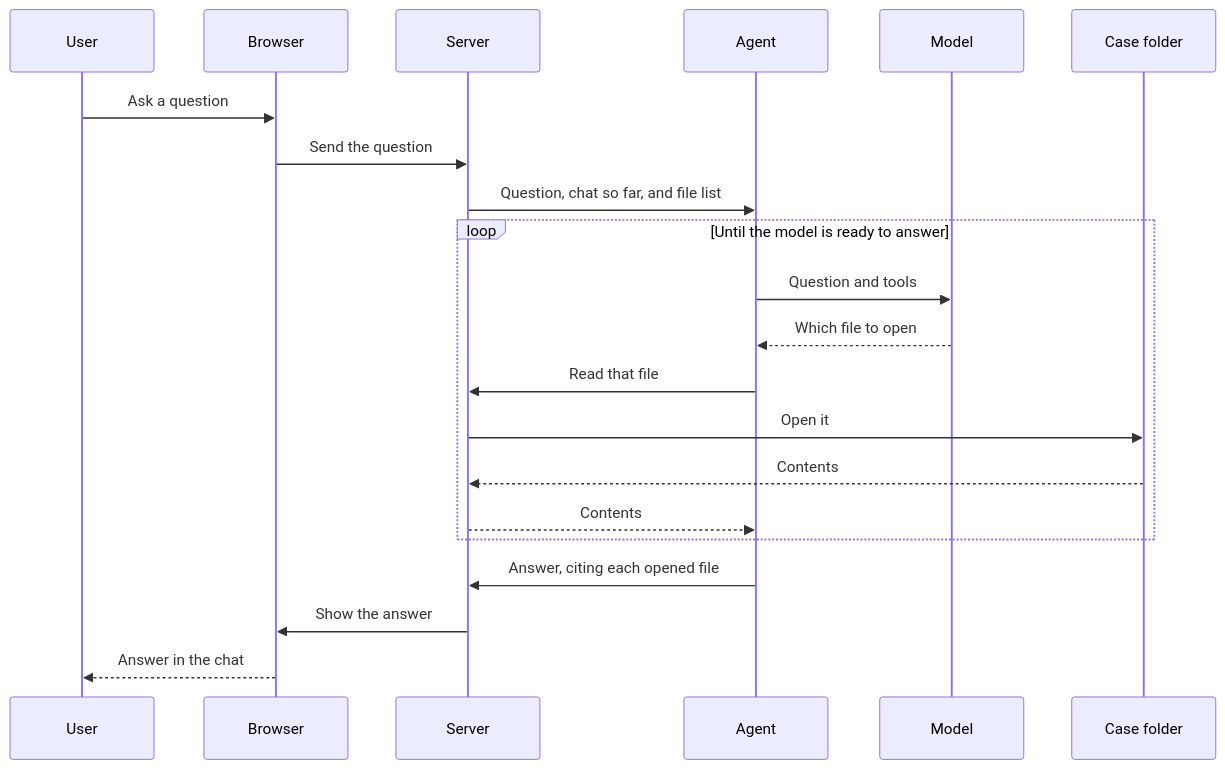
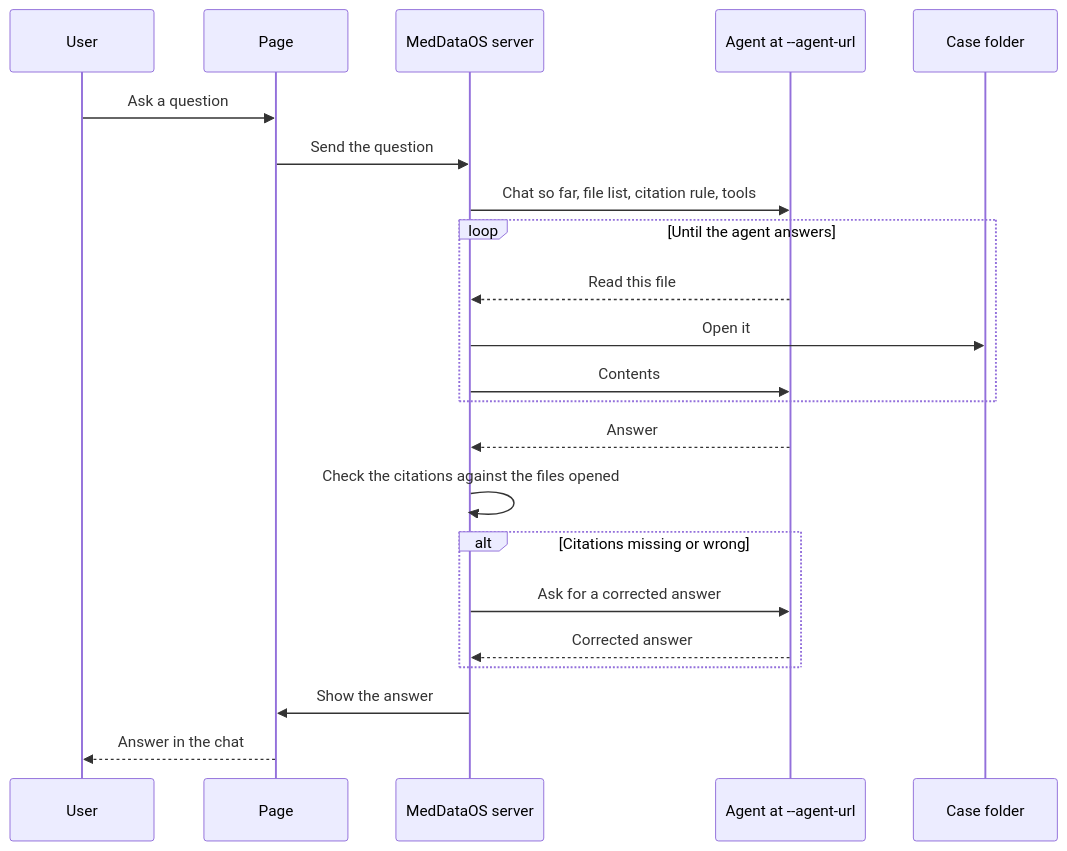
The diagram in README.md (JoshuaSiraj/MedDataOS), drawn with Mermaid before and after one commit. The commit also changed other lines of this file and 20 other files, not shown here.

First line of the commit message:
feat!: call the agent at an OpenAI-compatible URL

````diff
--- a/README.md
+++ b/README.md
@@ -27,24 +27,25 @@
 ```mermaid
 sequenceDiagram
     participant User
-    participant Browser
-    participant Server
-    participant Agent
-    participant Model
+    participant Page
+    participant Server as MedDataOS server
+    participant Agent as Agent at --agent-url
     participant Folder as Case folder
 
-    User->>Browser: Ask a question
-    Browser->>Server: Send the question
-    Server->>Agent: Question, chat so far, and file list
-    loop Until the model is ready to answer
-        Agent->>Model: Question and tools
-        Model-->>Agent: Which file to open
-        Agent->>Server: Read that file
+    User->>Page: Ask a question
+    Page->>Server: Send the question
+    Server->>Agent: Chat so far, file list, citation rule, tools
+    loop Until the agent answers
+        Agent-->>Server: Read this file
         Server->>Folder: Open it
-        Folder-->>Server: Contents
-        Server-->>Agent: Contents
+        Server->>Agent: Contents
     end
-    Agent->>Server: Answer, citing each opened file
-    Server->>Browser: Show the answer
-    Browser-->>User: Answer in the chat
+    Agent-->>Server: Answer
+    Server->>Server: Check the citations against the files opened
+    alt Citations missing or wrong
+        Server->>Agent: Ask for a corrected answer
+        Agent-->>Server: Corrected answer
+    end
+    Server->>Page: Show the answer
+    Page-->>User: Answer in the chat
 ```
````
